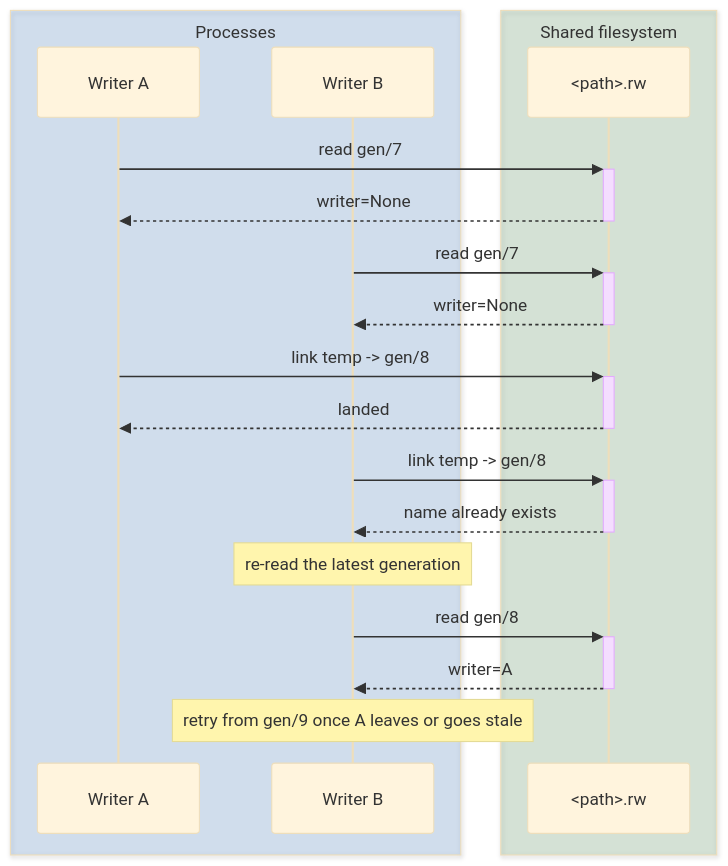
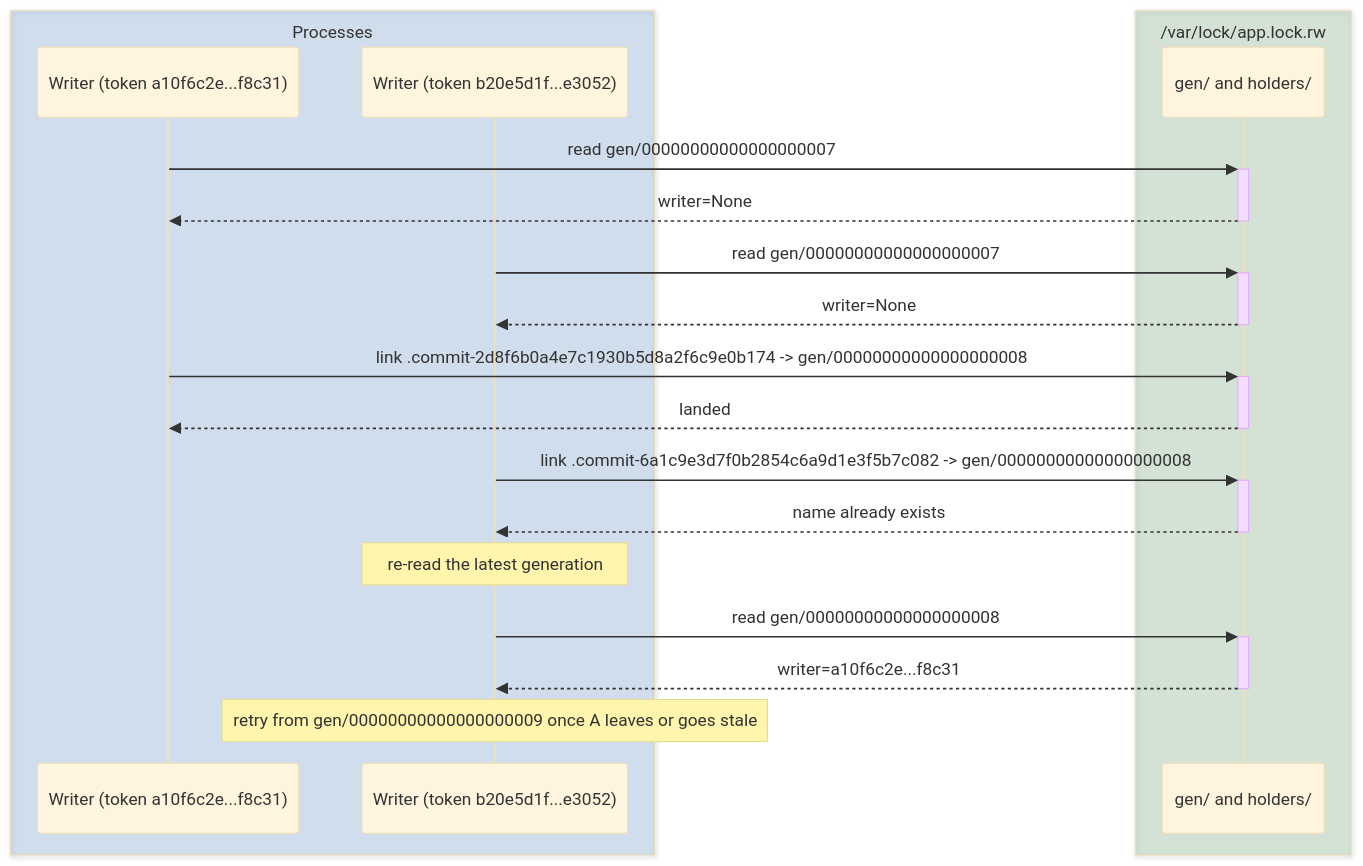
The fifth of 8 diagrams in docs/concepts.rst (tox-dev/filelock), drawn with Mermaid (base theme) before and after one commit. The commit also changed other lines of this file, not shown here.

First line of the commit message:
🐛 fix(docs): drop semicolons breaking the walkthrough diagrams

```diff
--- a/docs/concepts.rst
+++ b/docs/concepts.rst
@@ -715,22 +718,22 @@
 .. mermaid::
 
     sequenceDiagram
         box rgba(21, 101, 192, 0.16) Processes
-            participant A as Writer A
-            participant B as Writer B
+            participant A as Writer (token a10f6c2e...f8c31)
+            participant B as Writer (token b20e5d1f...e3052)
         end
-        box rgba(46, 125, 50, 0.16) Shared filesystem
-            participant FS as <path>.rw
+        box rgba(46, 125, 50, 0.16) /var/lock/app.lock.rw
+            participant FS as gen/ and holders/
         end
-        A->>+FS: read gen/7
+        A->>+FS: read gen/00000000000000000007
         FS-->>-A: writer=None
-        B->>+FS: read gen/7
+        B->>+FS: read gen/00000000000000000007
         FS-->>-B: writer=None
-        A->>+FS: link temp -> gen/8
+        A->>+FS: link .commit-2d8f6b0a4e7c1930b5d8a2f6c9e0b174 -> gen/00000000000000000008
         FS-->>-A: landed
-        B->>+FS: link temp -> gen/8
+        B->>+FS: link .commit-6a1c9e3d7f0b2854c6a9d1e3f5b7c082 -> gen/00000000000000000008
         FS-->>-B: name already exists
         Note over B: re-read the latest generation
-        B->>+FS: read gen/8
-        FS-->>-B: writer=A
-        Note over B: retry from gen/9 once A leaves or goes stale
+        B->>+FS: read gen/00000000000000000008
+        FS-->>-B: writer=a10f6c2e...f8c31
+        Note over B: retry from gen/00000000000000000009 once A leaves or goes stale
```
